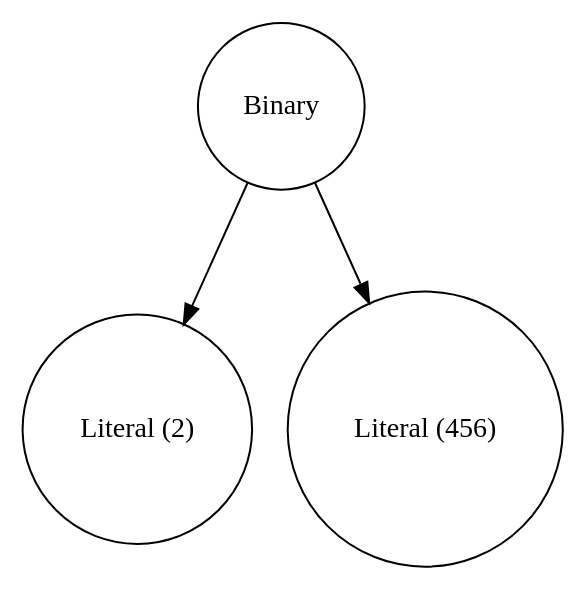
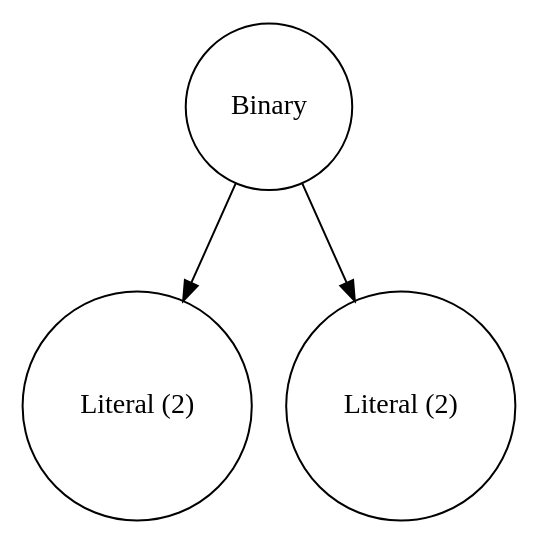
One commit to chosti34/CompilerCreationTool changed the diagram in CompilerCreationTool/CompilerCreationTool/ast.dot. Above: the diagram before and after it, drawn with Graphviz. The commit also changed 2 other files, not shown here.

```diff
--- a/CompilerCreationTool/CompilerCreationTool/ast.dot
+++ b/CompilerCreationTool/CompilerCreationTool/ast.dot
@@ -1,7 +1,7 @@
 digraph {
 0 [shape="circle" label="Binary"];
 1 [shape="circle" label="Literal (2)"];
-2 [shape="circle" label="Literal (456)"];
+2 [shape="circle" label="Literal (2)"];
 0->1 [label=" "];
 0->2 [label=" "];
 }
```
